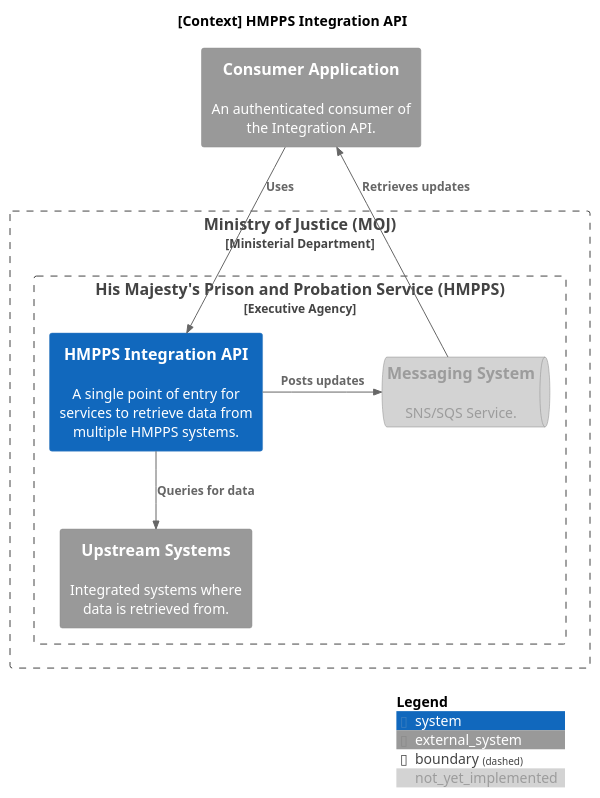
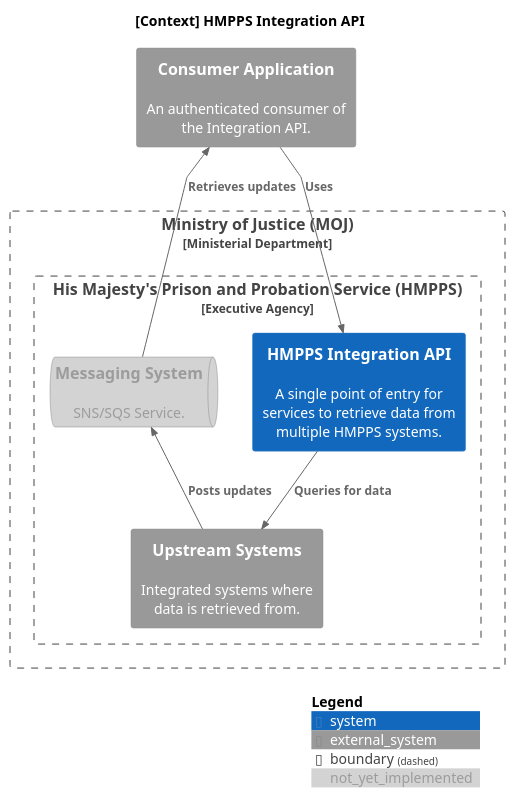
Before and after one commit to ministryofjustice/hmpps-integration-api: the diagram in docs/diagrams/context.puml, drawn with PlantUML. The commit also changed 1 other file, not shown here.

Commit message:
Update diagrams

```diff
--- a/docs/diagrams/context.puml
+++ b/docs/diagrams/context.puml
@@ -1,30 +1,30 @@
 @startuml context
 
 !include https://raw.githubusercontent.com/plantuml-stdlib/C4-PlantUML/master/C4_Context.puml
 
 skinparam linetype polyline
 
 title [Context] HMPPS Integration API
 
 AddElementTag("not_yet_implemented", $bgColor="#D3D3D3", $fontColor="#9C9C9C")
 
 System_Ext(consumer, "Consumer Application", "An authenticated consumer of the Integration API.")
 
 Boundary(moj, "Ministry of Justice (MOJ)", "Ministerial Department") {
   Boundary(hmpps, "His Majesty's Prison and Probation Service (HMPPS)", "Executive Agency") {
     System(hmpps_integration_api, "HMPPS Integration API", "A single point of entry for services to retrieve data from multiple HMPPS systems.")
 
     SystemQueue_Ext(messaging, "Messaging System", "SNS/SQS Service.",$tags="not_yet_implemented")
 
     System_Ext(upstream, "Upstream Systems", "Integrated systems where data is retrieved from.")
   }
 }
 
 Rel_Down(consumer, hmpps_integration_api, "Uses")
-Rel_Right(hmpps_integration_api, messaging, "Posts updates")
+Rel_Up(upstream, messaging, "Posts updates")
 Rel_Up(messaging, consumer, "Retrieves updates")
 Rel(hmpps_integration_api, upstream, "Queries for data")
 
 SHOW_DYNAMIC_LEGEND()
 
 @enduml
```
